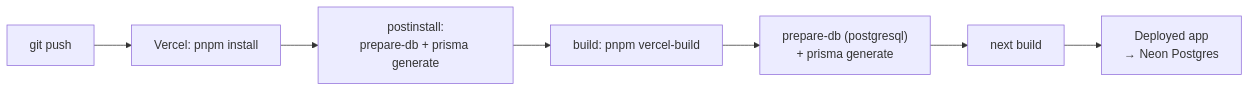
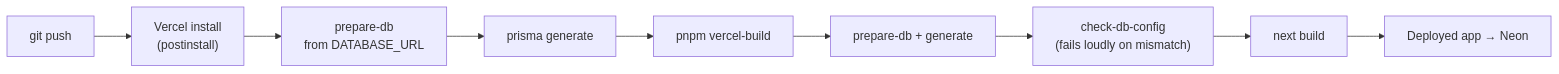
Before and after one commit to saaisaai372/Event-Booking-Ticketing-Platform: the diagram in docs/DEPLOYMENT.md, drawn with Mermaid. The commit also changed other lines of this file and 2 other files, not shown here.

````diff
--- a/docs/DEPLOYMENT.md
+++ b/docs/DEPLOYMENT.md
@@ -17,9 +19,11 @@
 ```mermaid
 flowchart LR
-    A["git push"] --> B["Vercel: pnpm install"]
-    B --> C["postinstall:<br/>prepare-db + prisma generate"]
-    C --> D["build: pnpm vercel-build"]
-    D --> E["prepare-db (postgresql)<br/>+ prisma generate"]
-    E --> F["next build"]
-    F --> G["Deployed app<br/>→ Neon Postgres"]
+    A["git push"] --> B["Vercel install<br/>(postinstall)"]
+    B --> C["prepare-db<br/>from DATABASE_URL"]
+    C --> D["prisma generate"]
+    D --> E["pnpm vercel-build"]
+    E --> F["prepare-db + generate"]
+    F --> G["check-db-config<br/>(fails loudly on mismatch)"]
+    G --> H["next build"]
+    H --> I["Deployed app → Neon"]
 ```
````
